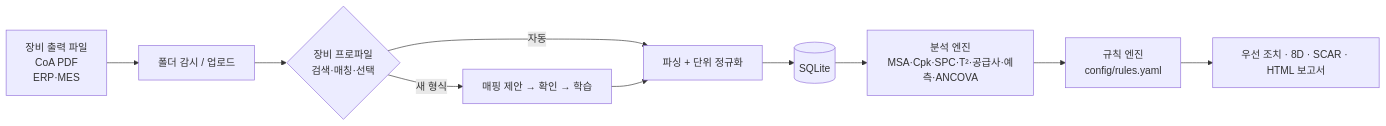
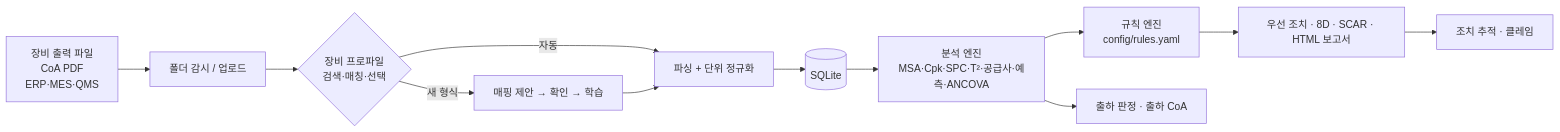
One commit to Thisissun93/Material_Quality_Intelligence changed the diagram in README.md. Above: the diagram before and after it, drawn with Mermaid. The commit also changed other lines of this file and 25 other files, not shown here.

````diff
--- a/README.md
+++ b/README.md
@@ -105,12 +122,14 @@
 ```mermaid
 flowchart LR
-  A[장비 출력 파일<br/>CoA PDF<br/>ERP·MES] --> W[폴더 감시 / 업로드]
+  A[장비 출력 파일<br/>CoA PDF<br/>ERP·MES·QMS] --> W[폴더 감시 / 업로드]
   W --> M{장비 프로파일<br/>검색·매칭·선택}
   M -- 자동 --> P[파싱 + 단위 정규화]
   M -- 새 형식 --> L[매핑 제안 → 확인 → 학습]
   L --> P
   P --> D[(SQLite)]
   D --> E[분석 엔진<br/>MSA·Cpk·SPC·T²·공급사·예측·ANCOVA]
   E --> R[규칙 엔진<br/>config/rules.yaml]
   R --> O[우선 조치 · 8D · SCAR · HTML 보고서]
+  O --> T[조치 추적 · 클레임]
+  E --> S[출하 판정 · 출하 CoA]
 ```
````
